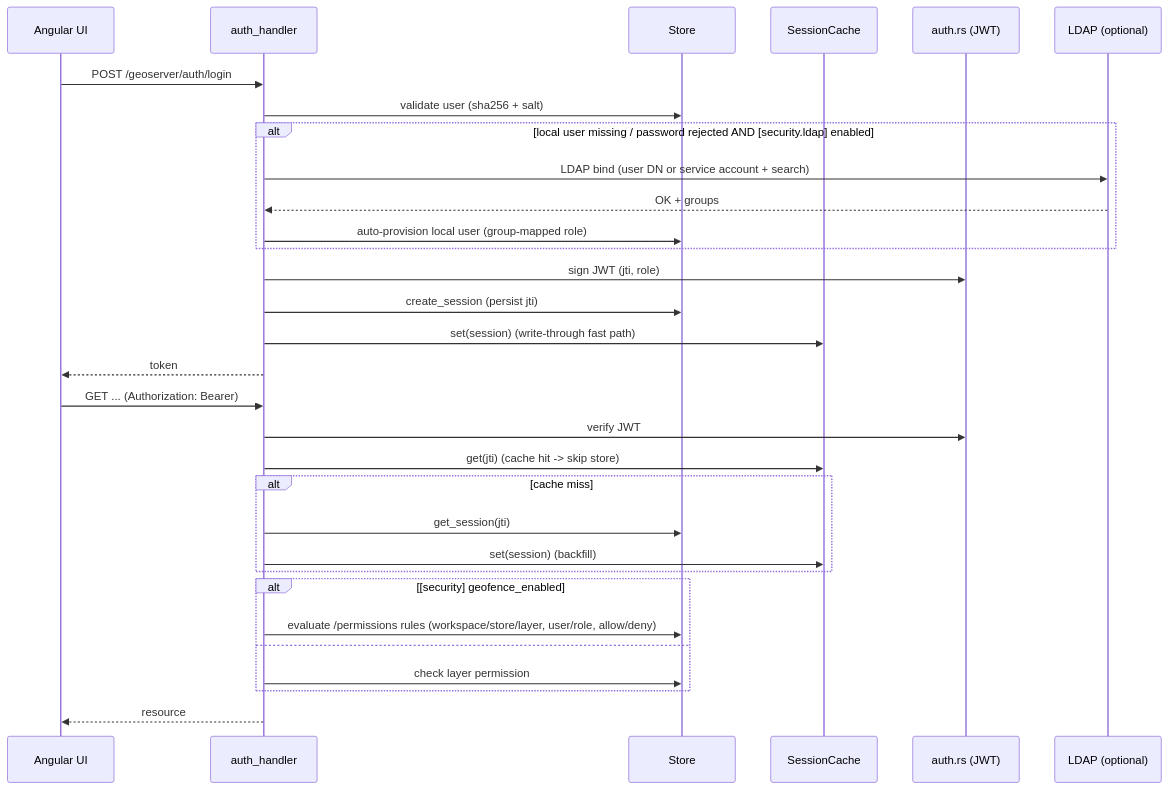
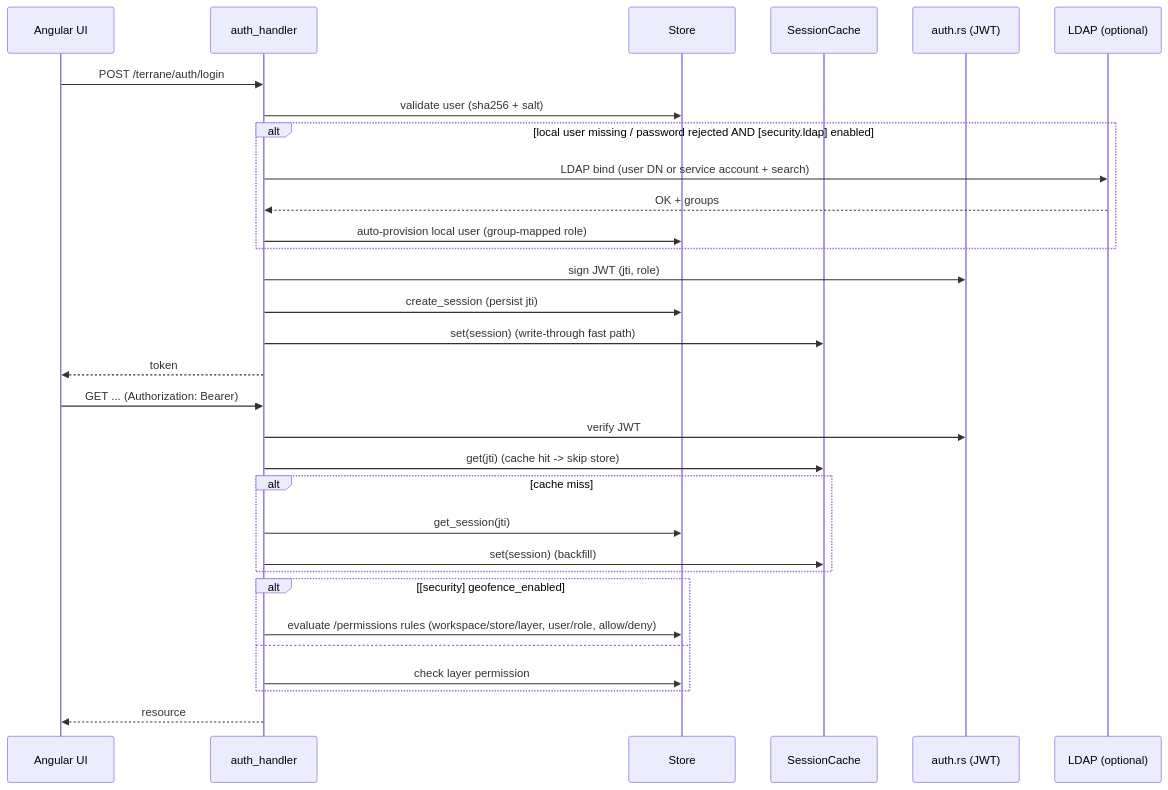
One commit to kakach96/Terrane changed the sixth of 7 diagrams in docs/ARCHITECTURE.md. Above: the diagram before and after it, drawn with Mermaid. The commit also changed other lines of this file and 108 other files, not shown here.

Commit message:
refactor: migrate geoserver naming to terrane (types, env prefix, defaults, frontend, tests, docker, docs)

````diff
--- a/docs/ARCHITECTURE.md
+++ b/docs/ARCHITECTURE.md
@@ -229,34 +229,34 @@
 ```mermaid
 sequenceDiagram
     participant UI as Angular UI
     participant H as auth_handler
     participant S as Store
     participant SC as SessionCache
     participant A as auth.rs (JWT)
     participant L as LDAP (optional)
 
-    UI->>H: POST /geoserver/auth/login
+    UI->>H: POST /terrane/auth/login
     H->>S: validate user (sha256 + salt)
     alt local user missing / password rejected AND [security.ldap] enabled
         H->>L: LDAP bind (user DN or service account + search)
         L-->>H: OK + groups
         H->>S: auto-provision local user (group-mapped role)
     end
     H->>A: sign JWT (jti, role)
     H->>S: create_session (persist jti)
     H->>SC: set(session) (write-through fast path)
     H-->>UI: token
     UI->>H: GET ... (Authorization: Bearer)
     H->>A: verify JWT
     H->>SC: get(jti) (cache hit -> skip store)
     alt cache miss
         H->>S: get_session(jti)
         H->>SC: set(session) (backfill)
     end
     alt [security] geofence_enabled
         H->>S: evaluate /permissions rules (workspace/store/layer, user/role, allow/deny)
     else
         H->>S: check layer permission
     end
     H-->>UI: resource
 ```
````
